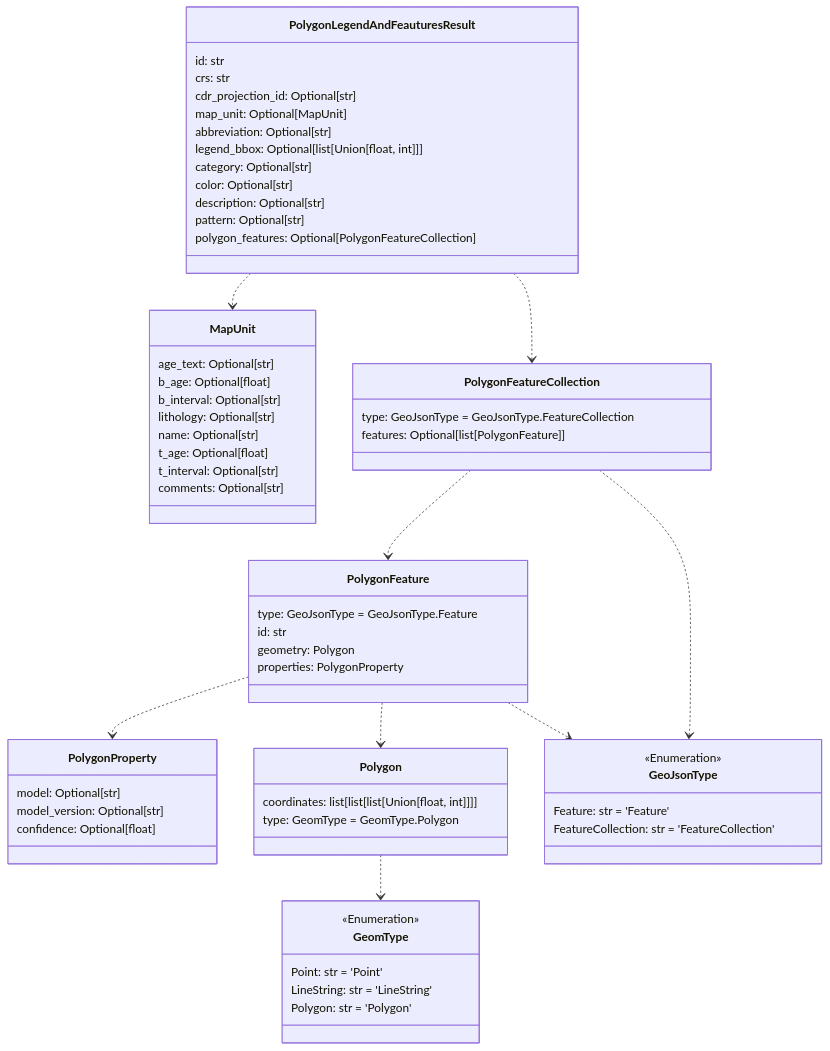
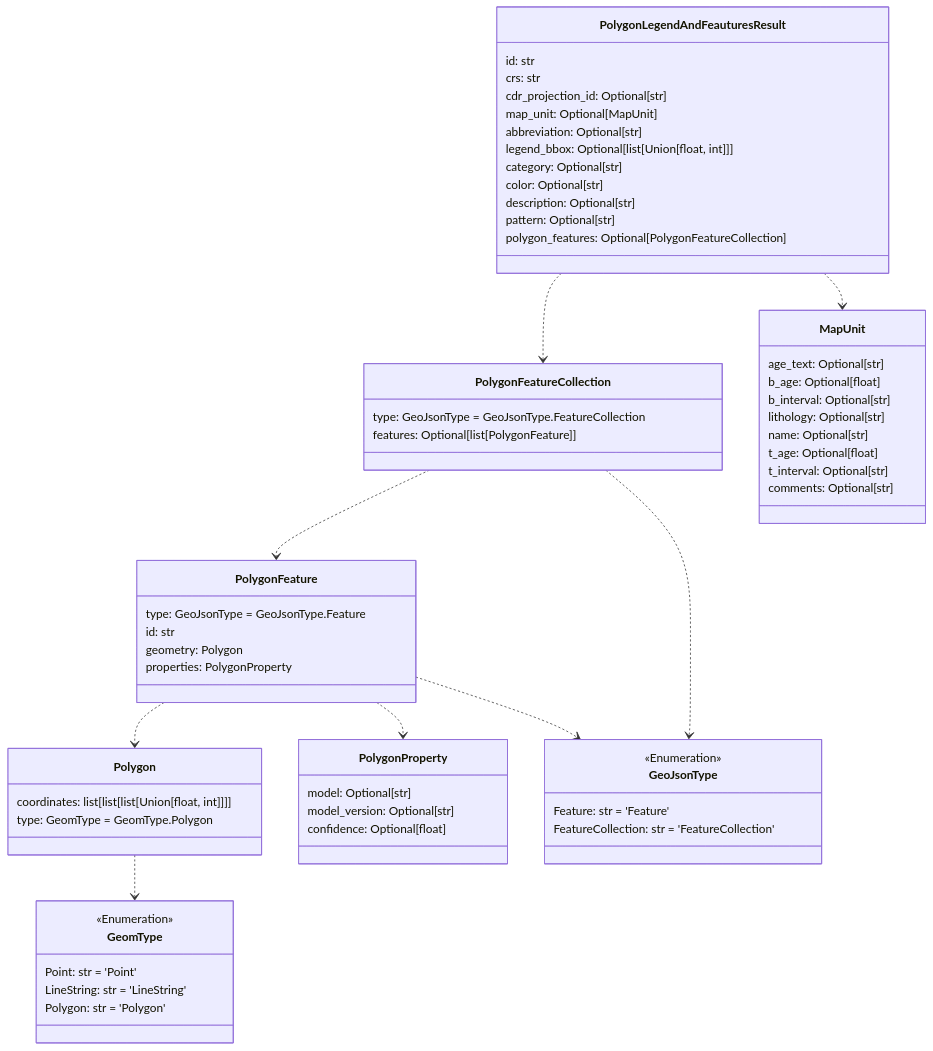
One commit to UW-xDD/cdr_schemas changed the sixth of 8 diagrams in README.md. Above: the diagram before and after it, drawn with Mermaid. The commit also changed other lines of this file, not shown here.

Commit message:
Update readme with document diagram

````diff
--- a/README.md
+++ b/README.md
@@ -425,75 +425,75 @@
 ```mermaid
 classDiagram
-
-    class PolygonFeatureCollection {
-        type: GeoJsonType = GeoJsonType.FeatureCollection
-        features: Optional[list[PolygonFeature]]
-    }
-
-    class GeomType {
-        <<Enumeration>>
-        Point: str = 'Point'
-        LineString: str = 'LineString'
-        Polygon: str = 'Polygon'
-    }
-
-    class PolygonFeature {
-        type: GeoJsonType = GeoJsonType.Feature
-        id: str
-        geometry: Polygon
-        properties: PolygonProperty
-    }
-
-    class GeoJsonType {
-        <<Enumeration>>
-        Feature: str = 'Feature'
-        FeatureCollection: str = 'FeatureCollection'
-    }
-
-    class Polygon {
-        coordinates: list[list[list[Union[float, int]]]]
-        type: GeomType = GeomType.Polygon
-    }
-
-    class PolygonProperty {
-        model: Optional[str]
-        model_version: Optional[str]
-        confidence: Optional[float]
-    }
-
-    class MapUnit {
-        age_text: Optional[str]
-        b_age: Optional[float]
-        b_interval: Optional[str]
-        lithology: Optional[str]
-        name: Optional[str]
-        t_age: Optional[float]
-        t_interval: Optional[str]
-        comments: Optional[str]
-    }
 
     class PolygonLegendAndFeauturesResult {
         id: str
         crs: str
         cdr_projection_id: Optional[str]
         map_unit: Optional[MapUnit]
         abbreviation: Optional[str]
         legend_bbox: Optional[list[Union[float, int]]]
         category: Optional[str]
         color: Optional[str]
         description: Optional[str]
         pattern: Optional[str]
         polygon_features: Optional[PolygonFeatureCollection]
     }
 
+    class GeoJsonType {
+        <<Enumeration>>
+        Feature: str = 'Feature'
+        FeatureCollection: str = 'FeatureCollection'
+    }
+
+    class PolygonFeatureCollection {
+        type: GeoJsonType = GeoJsonType.FeatureCollection
+        features: Optional[list[PolygonFeature]]
+    }
+
+    class PolygonFeature {
+        type: GeoJsonType = GeoJsonType.Feature
+        id: str
+        geometry: Polygon
+        properties: PolygonProperty
+    }
+
+    class PolygonProperty {
+        model: Optional[str]
+        model_version: Optional[str]
+        confidence: Optional[float]
+    }
+
+    class GeomType {
+        <<Enumeration>>
+        Point: str = 'Point'
+        LineString: str = 'LineString'
+        Polygon: str = 'Polygon'
+    }
+
+    class Polygon {
+        coordinates: list[list[list[Union[float, int]]]]
+        type: GeomType = GeomType.Polygon
+    }
+
+    class MapUnit {
+        age_text: Optional[str]
+        b_age: Optional[float]
+        b_interval: Optional[str]
+        lithology: Optional[str]
+        name: Optional[str]
+        t_age: Optional[float]
+        t_interval: Optional[str]
+        comments: Optional[str]
+    }
+
     Polygon ..> GeomType
+    PolygonFeature ..> Polygon
     PolygonFeature ..> PolygonProperty
-    PolygonFeature ..> Polygon
     PolygonFeature ..> GeoJsonType
     PolygonFeatureCollection ..> PolygonFeature
     PolygonFeatureCollection ..> GeoJsonType
+    PolygonLegendAndFeauturesResult ..> PolygonFeatureCollection
     PolygonLegendAndFeauturesResult ..> MapUnit
-    PolygonLegendAndFeauturesResult ..> PolygonFeatureCollection
 
 
 ```
````
